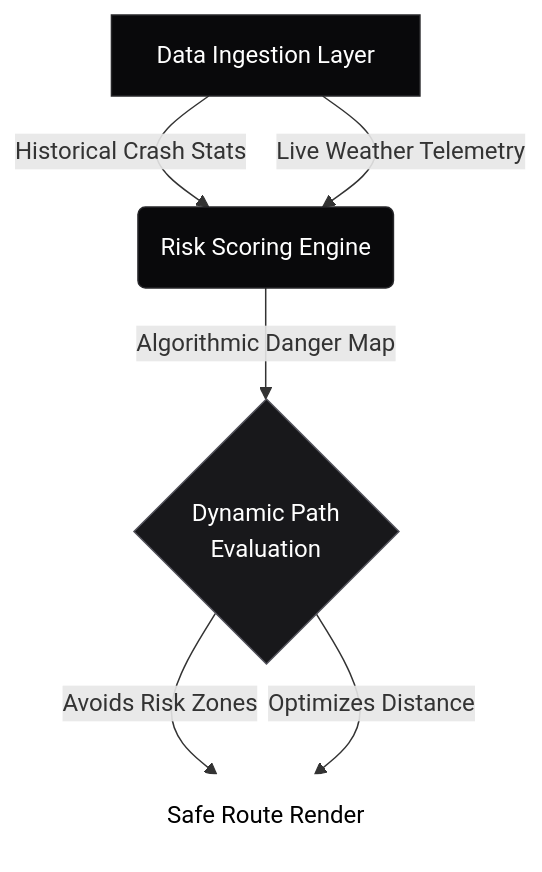
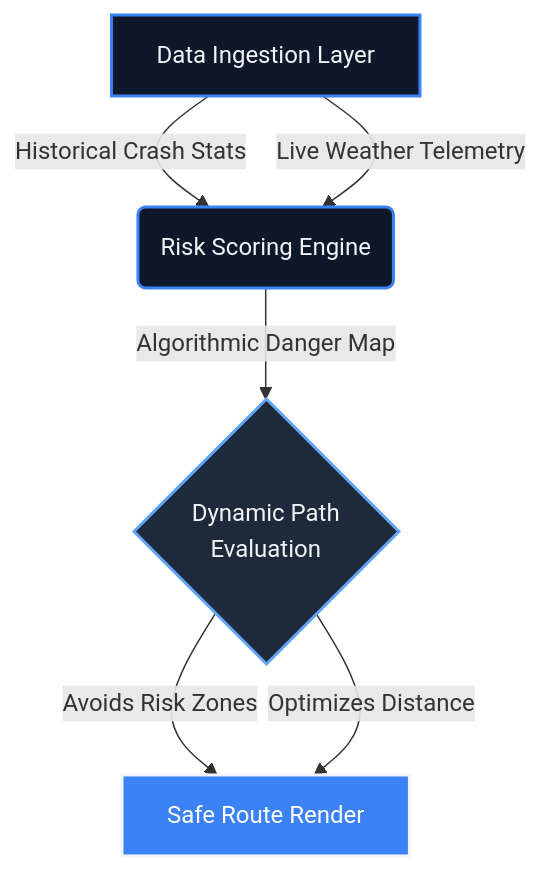
One commit to sathishr-ai/Smart-Navigation-System-for-Accident-Prone-Detection changed the diagram in README.md. Above: the diagram before and after it, drawn with Mermaid. The commit also changed other lines of this file, not shown here.

Commit message:
docs: deploy pinnacle 10.0 transformation with 3d emojis, action clusters, and collapsible deployment architectures

````diff
--- a/README.md
+++ b/README.md
@@ -64,13 +126,13 @@
 ```mermaid
 graph TD;
     A[Data Ingestion Layer] -->|Historical Crash Stats| B(Risk Scoring Engine);
     A -->|Live Weather Telemetry| B;
     B -->|Algorithmic Danger Map| C{Dynamic Path<br>Evaluation};
     C -->|Avoids Risk Zones| D[Safe Route Render];
     C -->|Optimizes Distance| D;
     
-    style A fill:#09090B,stroke:#27272A,stroke-width:1px,color:#FFFFFF
-    style B fill:#09090B,stroke:#27272A,stroke-width:1px,color:#FFFFFF
-    style C fill:#18181B,stroke:#52525B,stroke-width:1px,color:#FFFFFF
-    style D fill:#FFFFFF,stroke:#FFFFFF,stroke-width:1px,color:#000000
+    style A fill:#0F172A,stroke:#3B82F6,stroke-width:2px,color:#F1F5F9
+    style B fill:#0F172A,stroke:#3B82F6,stroke-width:2px,color:#F1F5F9
+    style C fill:#1E293B,stroke:#60A5FA,stroke-width:2px,color:#F1F5F9
+    style D fill:#3B82F6,stroke:#F1F5F9,stroke-width:2px,color:#ffffff
 ```
````
